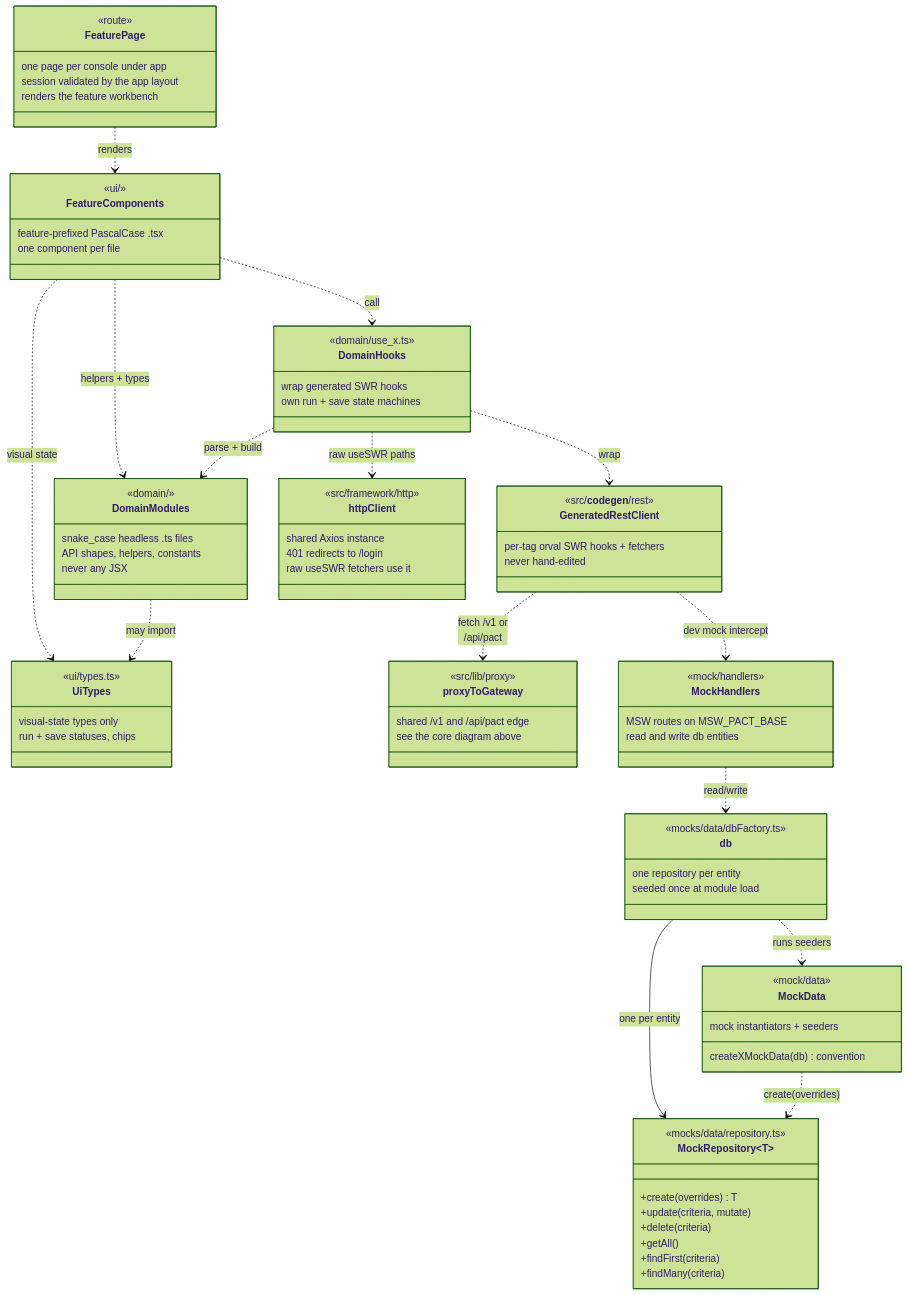
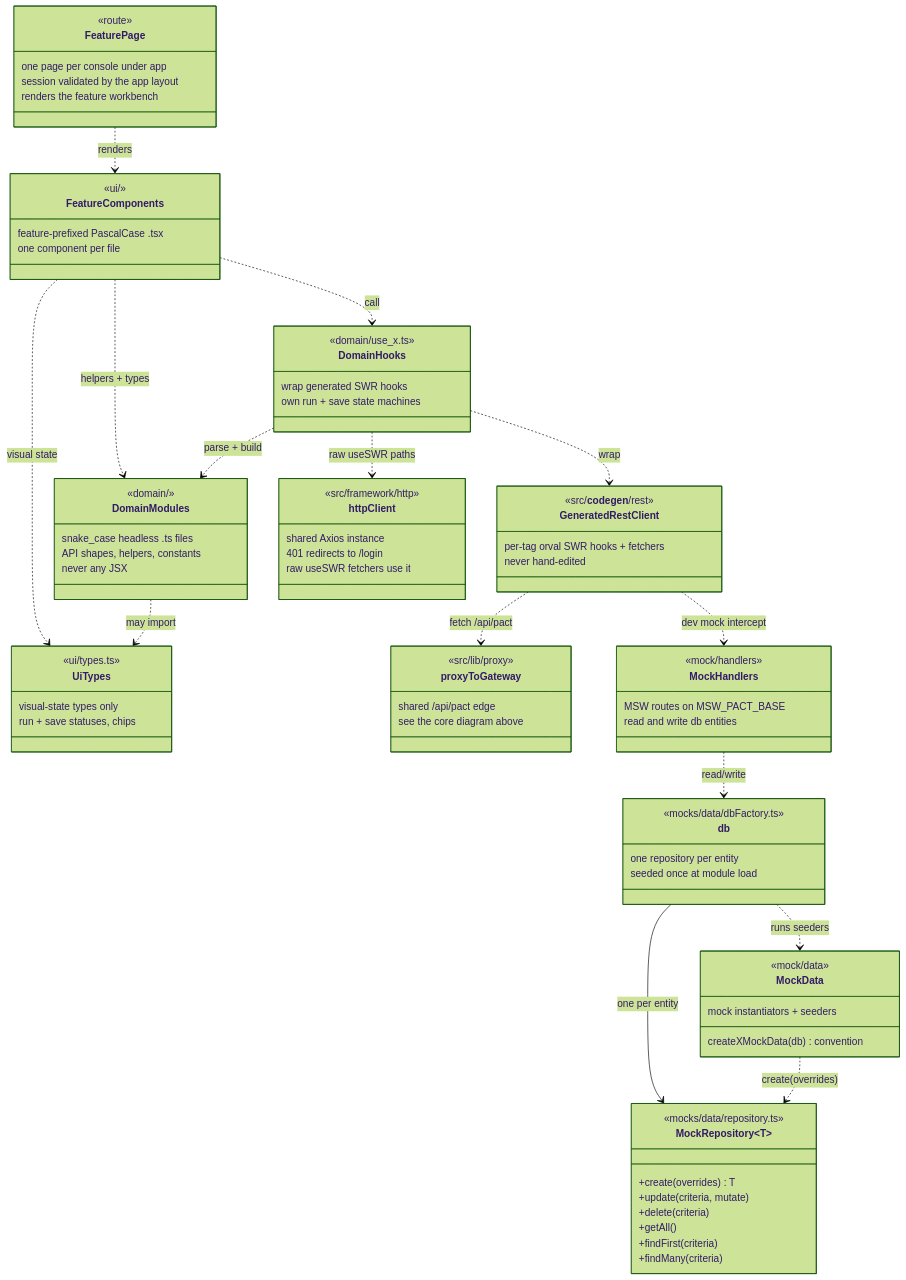
Before and after one commit to PACT-Toolkit/pact-web: the third of 12 diagrams in docs/architecture.md, drawn with Mermaid (forest theme). The commit also changed other lines of this file and 6 other files, not shown here.

```diff
--- a/docs/architecture.md
+++ b/docs/architecture.md
@@ -165,7 +165,7 @@
     }
     class proxyToGateway {
         <<src/lib/proxy>>
-        shared /v1 and /api/pact edge
+        shared /api/pact edge
         see the core diagram above
     }
     class MockData {
@@ -201,7 +201,7 @@
     DomainHooks ..> DomainModules : parse + build
     DomainHooks ..> GeneratedRestClient : wrap
     DomainHooks ..> httpClient : raw useSWR paths
-    GeneratedRestClient ..> proxyToGateway : fetch /v1 or<br/>/api/pact
+    GeneratedRestClient ..> proxyToGateway : fetch /api/pact
     GeneratedRestClient ..> MockHandlers : dev mock intercept
     MockHandlers ..> db : read/write
     db --> MockRepository~T~ : one per entity
```
